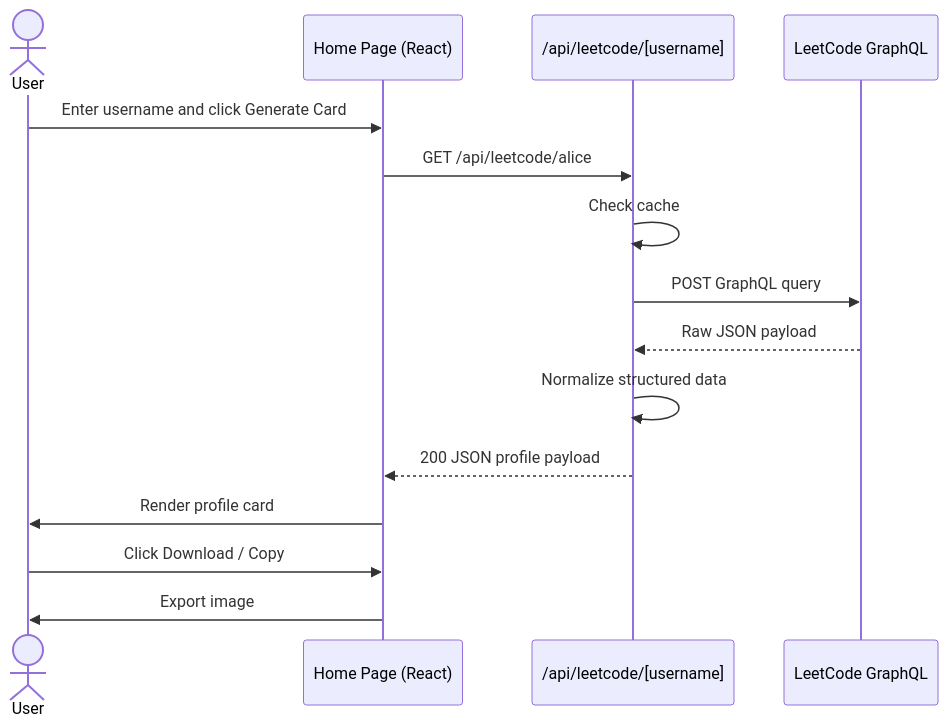
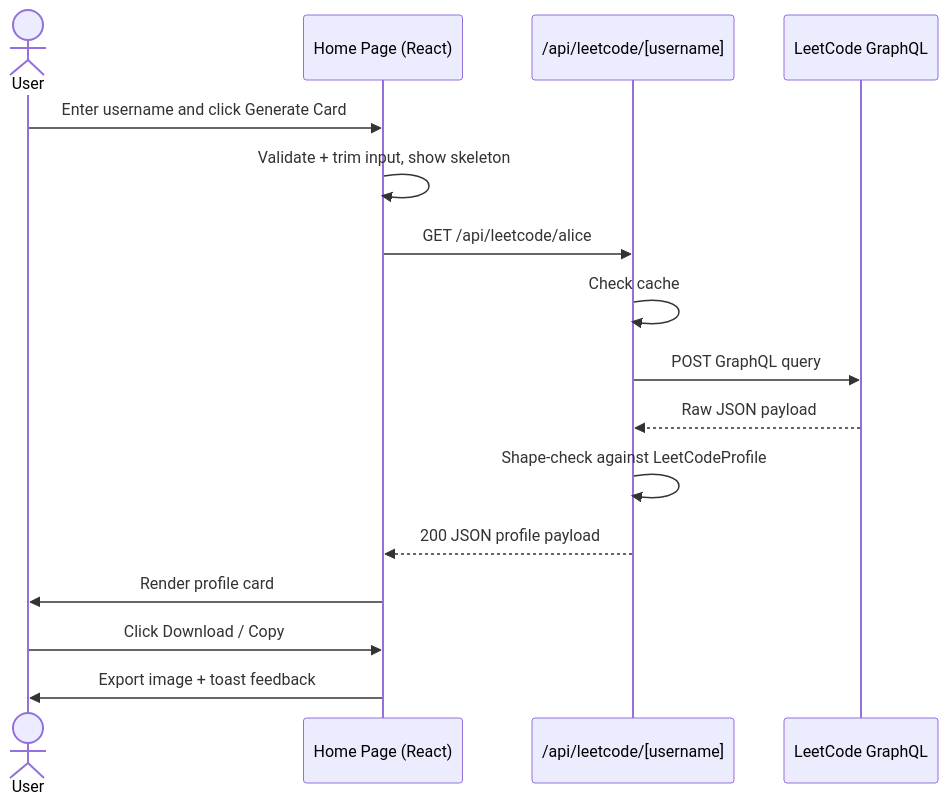
One commit to AritraC1/LeetInsight changed the third of 4 diagrams in README.md. Above: the diagram before and after it, drawn with Mermaid. The commit also changed other lines of this file, not shown here.

````diff
--- a/README.md
+++ b/README.md
@@ -280,18 +282,19 @@
 ```mermaid
 sequenceDiagram
     actor U as User
     participant UI as Home Page (React)
     participant API as /api/leetcode/[username]
     participant LC as LeetCode GraphQL
 
     U->>UI: Enter username and click Generate Card
+    UI->>UI: Validate + trim input, show skeleton
     UI->>API: GET /api/leetcode/alice
     API->>API: Check cache
     API->>LC: POST GraphQL query
     LC-->>API: Raw JSON payload
-    API->>API: Normalize structured data
+    API->>API: Shape-check against LeetCodeProfile
     API-->>UI: 200 JSON profile payload
     UI->>U: Render profile card
     U->>UI: Click Download / Copy
-    UI->>U: Export image
+    UI->>U: Export image + toast feedback
 ```
````
